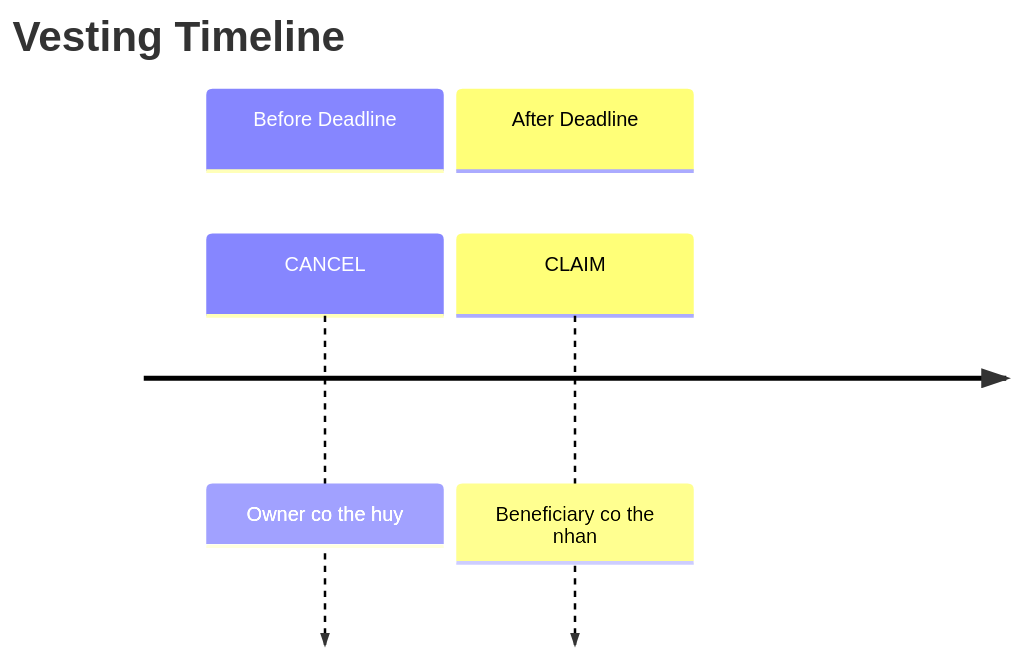
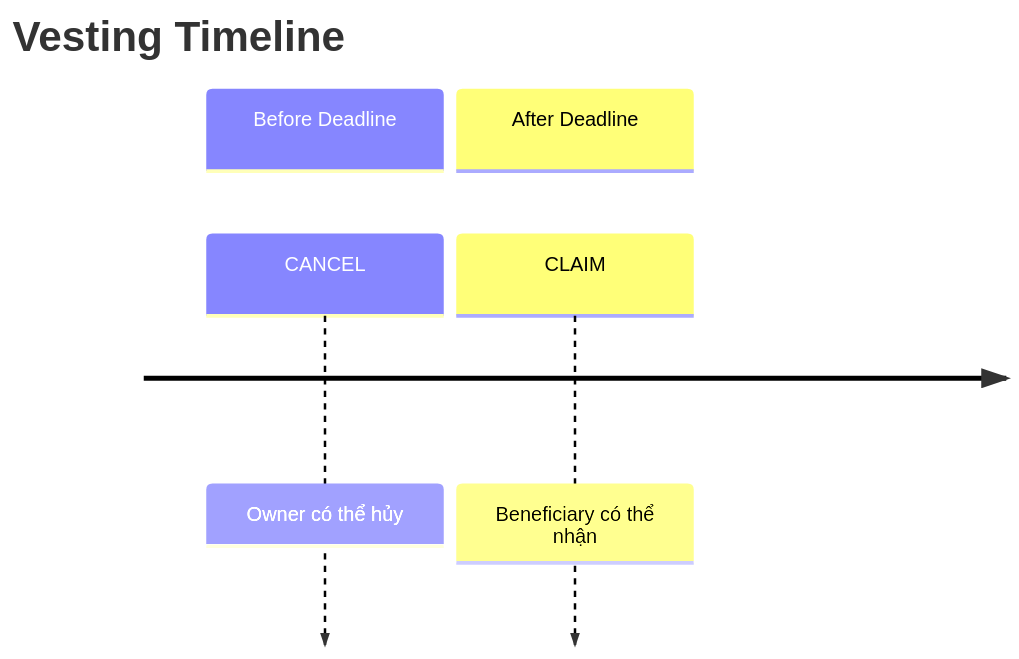
One commit to CardanoAikenVN/aiken-vn changed the first of 2 diagrams in docs/03-your-first-validator/01_build_first_validator.md. Above: the diagram before and after it, drawn with Mermaid. The commit also changed other lines of this file and 9 other files, not shown here.

````diff
--- a/docs/03-your-first-validator/01_build_first_validator.md
+++ b/docs/03-your-first-validator/01_build_first_validator.md
@@ -85,9 +85,9 @@
 ```mermaid
 timeline
     title Vesting Timeline
-    Lock : Owner khoa funds
+    Lock : Owner khóa funds
     section Before Deadline
-        CANCEL : Owner co the huy
+        CANCEL : Owner có thể hủy
     section After Deadline
-        CLAIM : Beneficiary co the nhan
+        CLAIM : Beneficiary có thể nhận
 ```
````
